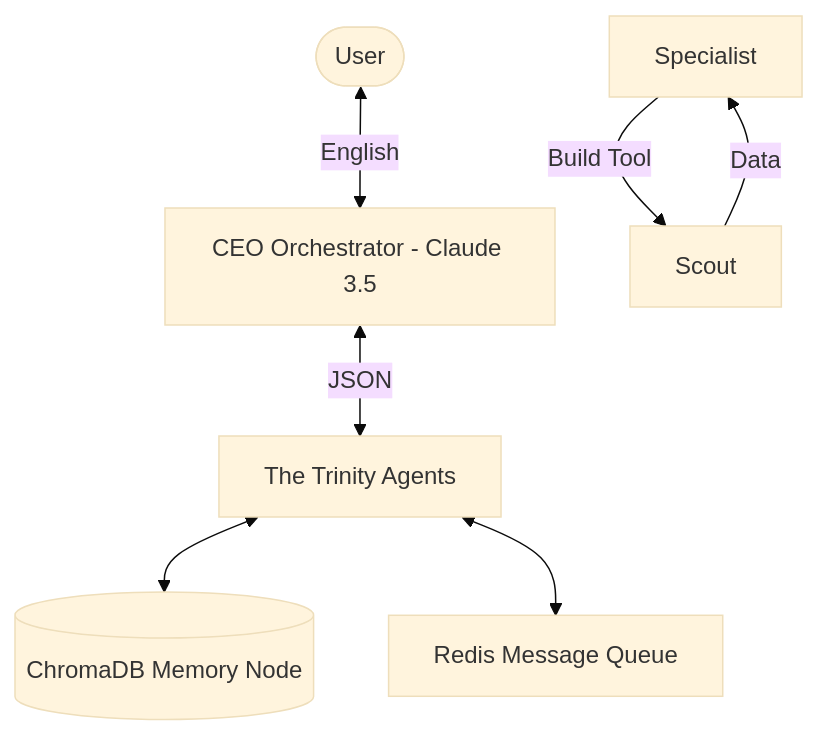
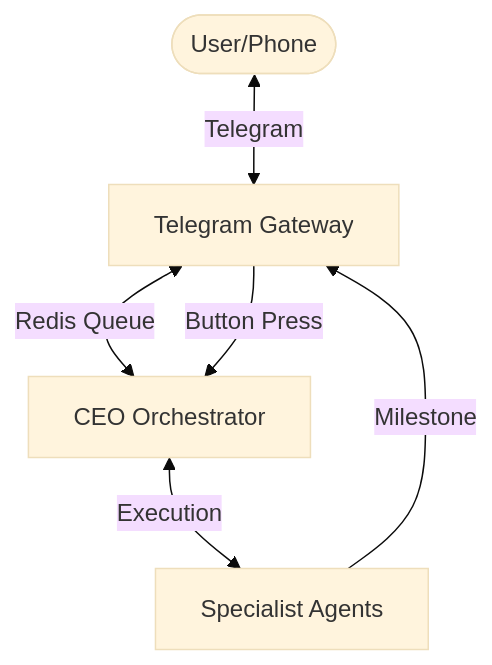
The diagram in SYSTEM_ARCHITECTURE.md (imranshiundu/AgentPrometheus), drawn with Mermaid (base theme) before and after one commit. The commit also changed other lines of this file and 4 other files, not shown here.

Commit message:
V5 Upgrade: Telegram Gateway, Remote Command, and HitL Approval Gates

````diff
--- a/SYSTEM_ARCHITECTURE.md
+++ b/SYSTEM_ARCHITECTURE.md
@@ -34,10 +27,9 @@
 ```mermaid
 graph TD
-    User([User]) <-->|English| CEO[CEO Orchestrator - Claude 3.5]
-    CEO <-->|JSON| Trinity[The Trinity Agents]
-    Trinity <--> VectorDB[(ChromaDB Memory Node)]
-    Trinity <--> Redis[Redis Message Queue]
+    User([User/Phone]) <-->|Telegram| Gateway[Telegram Gateway]
+    Gateway <-->|Redis Queue| CEO[CEO Orchestrator]
+    CEO <-->|Execution| Trinity[Specialist Agents]
     
-    Hephaestus[Specialist] -->|Build Tool| Hermes[Scout]
-    Hermes -->|Data| Hephaestus
+    Trinity -->|Milestone| Gateway
+    Gateway -->|Button Press| CEO
 ```
````
